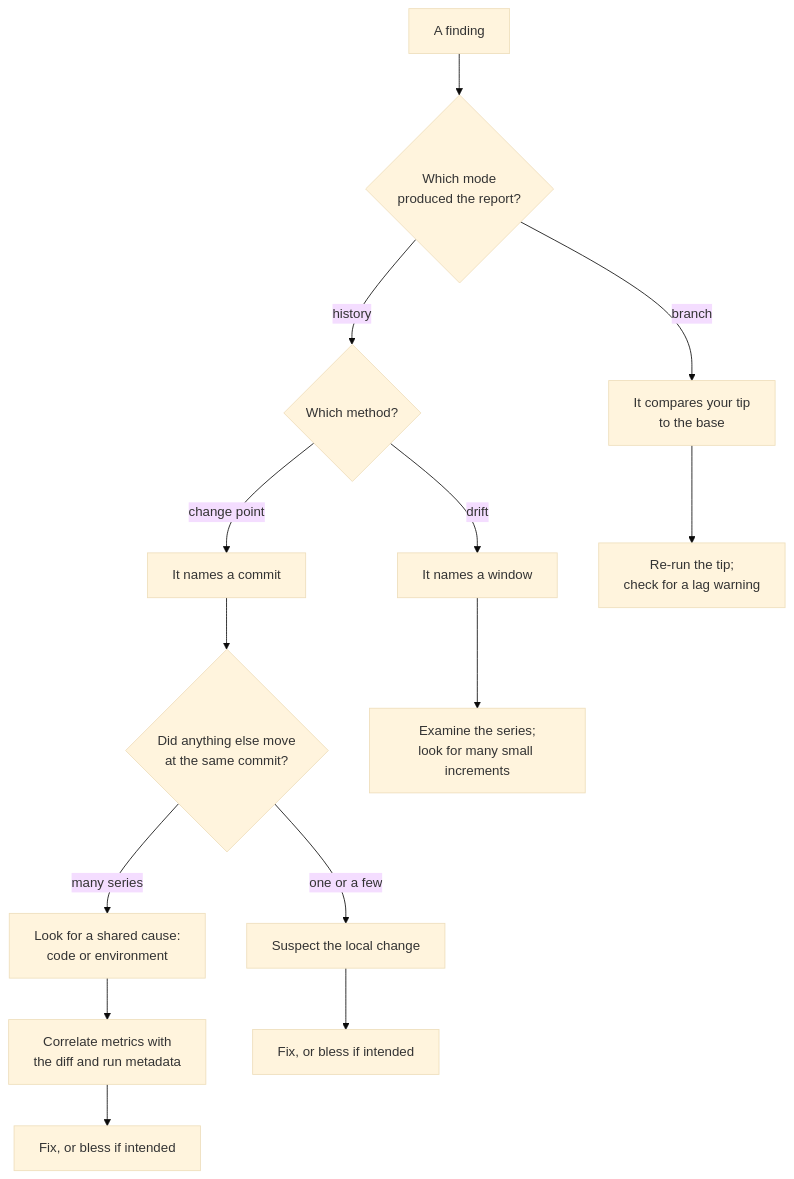
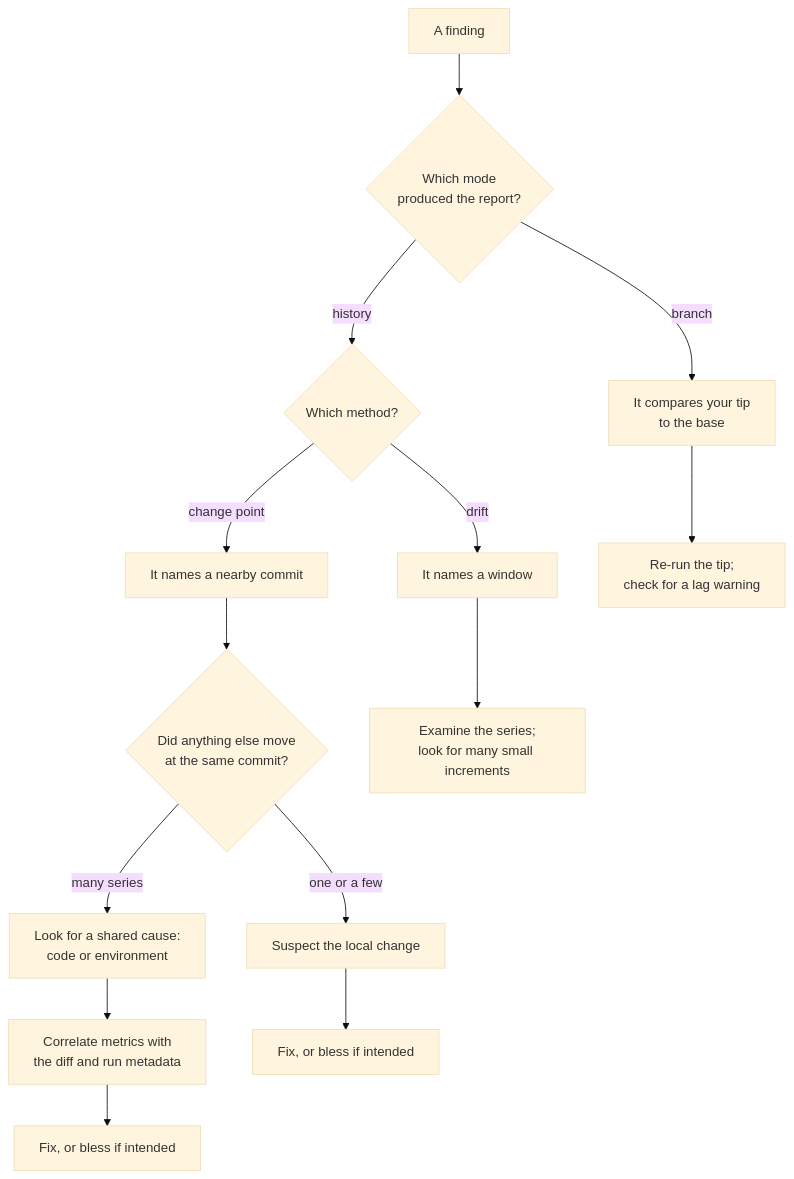
Before and after one commit to folo-rs/folo: the diagram in packages/cargo-bench-history/book/src/appendix/insights.md, drawn with Mermaid (base theme). The commit also changed other lines of this file and 16 other files, not shown here.

````diff
--- a/packages/cargo-bench-history/book/src/appendix/insights.md
+++ b/packages/cargo-bench-history/book/src/appendix/insights.md
@@ -14,16 +14,16 @@
 ```mermaid
 flowchart TD
     F["A finding"] --> Q0{"Which mode<br/>produced the report?"}
     Q0 -->|"branch"| BR["It compares your tip<br/>to the base"]
     Q0 -->|"history"| Q1{"Which method?"}
-    Q1 -->|"change point"| CP["It names a commit"]
+    Q1 -->|"change point"| CP["It names a nearby commit"]
     Q1 -->|"drift"| DR["It names a window"]
     CP --> Q2{"Did anything else move<br/>at the same commit?"}
     Q2 -->|"many series"| SHARED["Look for a shared cause:<br/>code or environment"]
     Q2 -->|"one or a few"| CODE["Suspect the local change"]
     SHARED --> CORR["Correlate metrics with<br/>the diff and run metadata"]
     CORR --> ACC["Fix, or bless if intended"]
     CODE --> FIX["Fix, or bless if intended"]
     DR --> WIN["Examine the series;<br/>look for many small increments"]
     BR --> TIP["Re-run the tip;<br/>check for a lag warning"]
 ```
````
